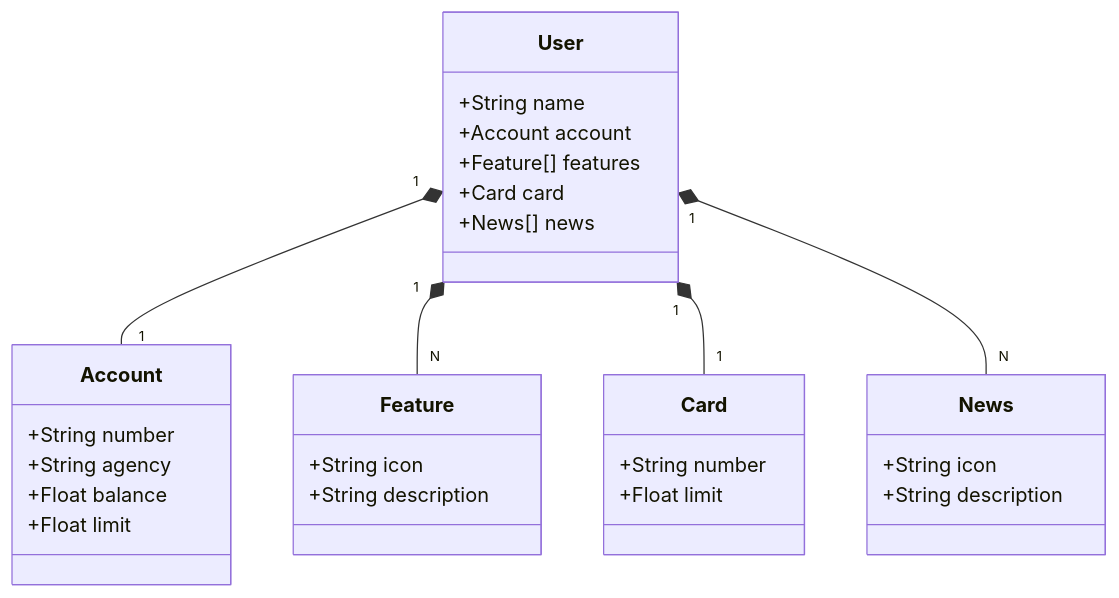
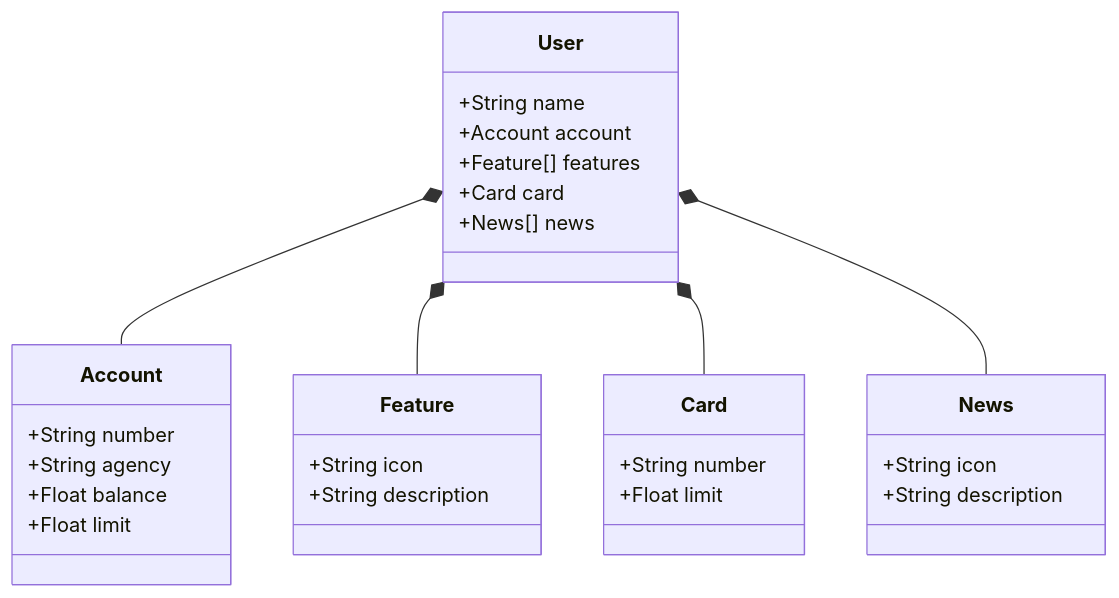
One commit to barbara-dsv/bootcamp-java-digitalInnovation-api-restfull changed the diagram in README.md. Above: the diagram before and after it, drawn with Mermaid. The commit also changed other lines of this file and 9 other files, not shown here.

````diff
--- a/README.md
+++ b/README.md
@@ -3,37 +3,37 @@
 ```mermaid
 classDiagram
     class User {
         +String name
         +Account account
         +Feature[] features
         +Card card
         +News[] news
     }
 
     class Account {
         +String number
         +String agency
         +Float balance
         +Float limit
     }
 
     class Feature {
         +String icon
         +String description
     }
 
     class Card {
         +String number
         +Float limit
     }
 
     class News {
         +String icon
         +String description
     }
 
-    User "1" *-- "1" Account
-    User "1" *-- "N" Feature
-    User "1" *-- "1" Card
-    User "1" *-- "N" News
+    User *-- Account
+    User *-- Feature
+    User *-- Card
+    User *-- News
 ```
````
